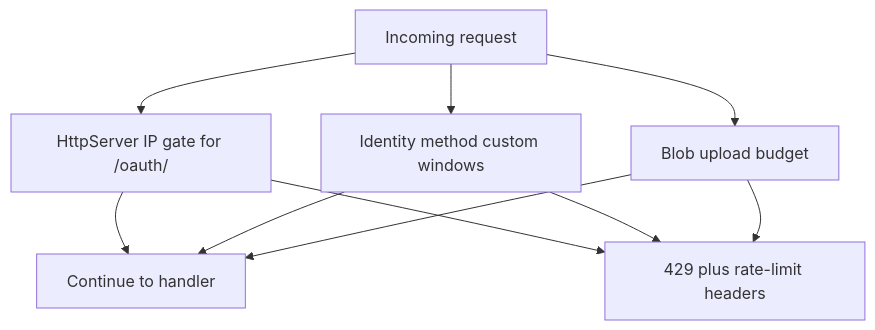
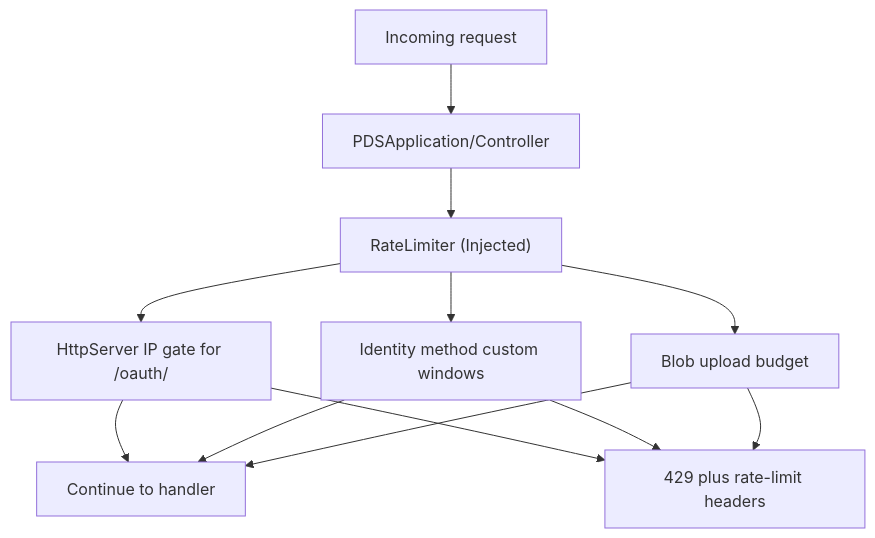
Before and after one commit to jvalinsky/garazyk: the diagram in docs/04-network-layer/rate-limiting.md, drawn with Mermaid. The commit also changed other lines of this file and 1 other file, not shown here.

Commit message:
docs: update rate-limiting and admin-service for explicit DI and diagnostics

````diff
--- a/docs/04-network-layer/rate-limiting.md
+++ b/docs/04-network-layer/rate-limiting.md
@@ -13,19 +13,23 @@
 ```mermaid
 flowchart TD
     Req["Incoming request"]
+    App["PDSApplication/Controller"]
+    Limiter["RateLimiter (Injected)"]
     OAuth["HttpServer IP gate for /oauth/"]
     Identity["Identity method custom windows"]
     Blob["Blob upload budget"]
     Allow["Continue to handler"]
     Deny["429 plus rate-limit headers"]
 
-    Req --> OAuth
-    Req --> Identity
-    Req --> Blob
+    Req --> App
+    App --> Limiter
+    Limiter --> OAuth
+    Limiter --> Identity
+    Limiter --> Blob
     OAuth --> Allow
     Identity --> Allow
     Blob --> Allow
     OAuth --> Deny
     Identity --> Deny
     Blob --> Deny
 ```
````
